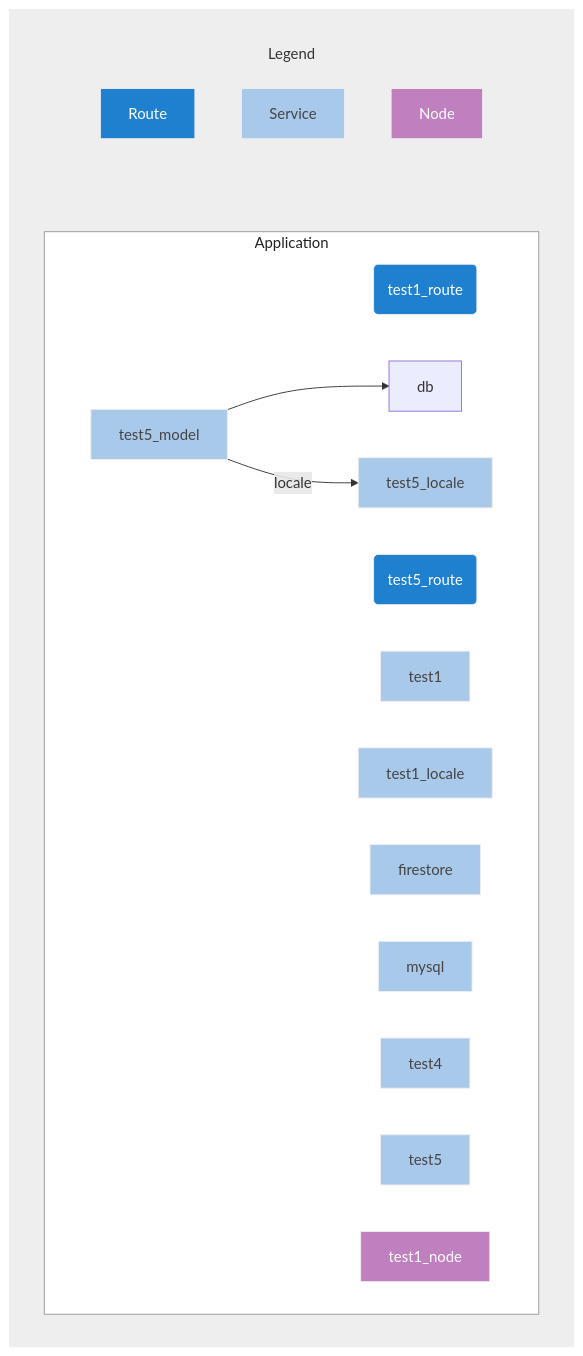
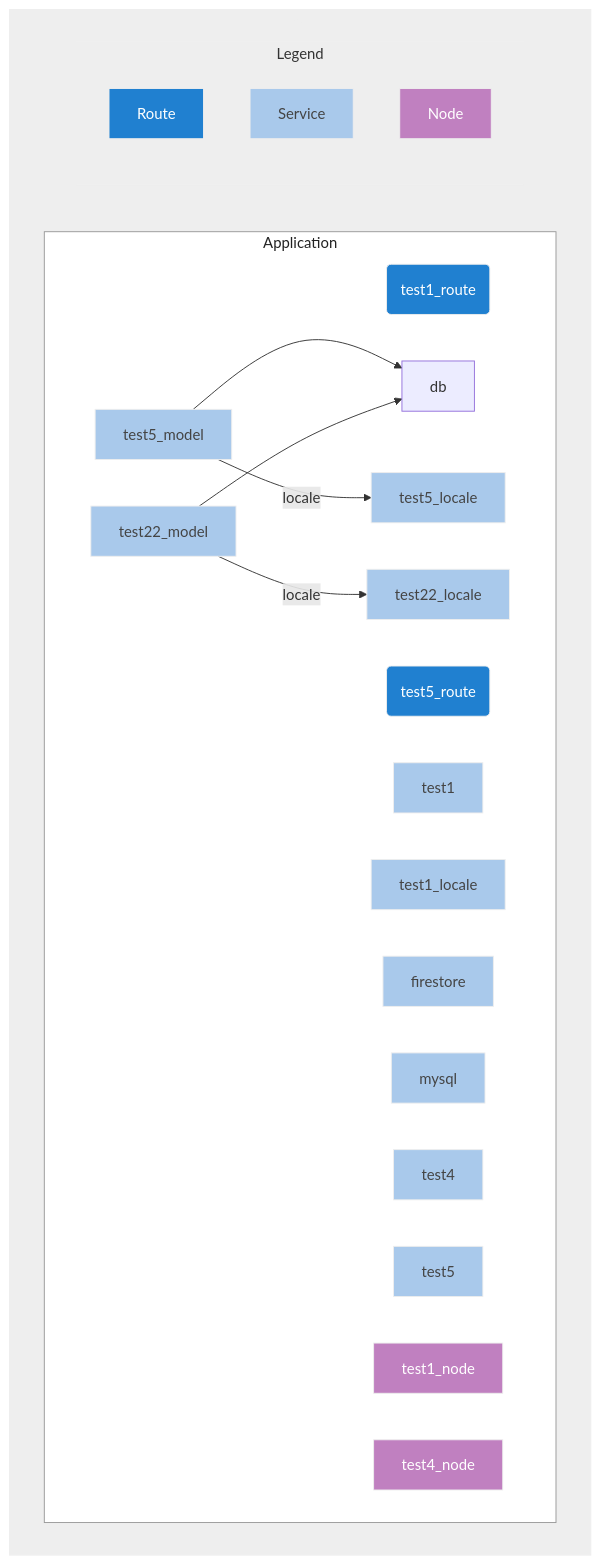
One commit to franck-yvetot/nxn-cli changed the diagram in client_data/default/config_default.README.mmd. Above: the diagram before and after it, drawn with Mermaid. The commit also changed 3 other files, not shown here.

```diff
--- a/client_data/default/config_default.README.mmd
+++ b/client_data/default/config_default.README.mmd
@@ -1,38 +1,43 @@
 graph LR;
 subgraph main
     direction LR;
 
     subgraph Application
         direction LR;
         classDef nodeCls fill:#C080C0,stroke:#eee,color:#fff
         classDef routeCls fill:#2080D0,stroke:#eee,color:#fff
         classDef nodCls fill:#C080C0,stroke:#eee,color:#fff
         classDef serviceCls fill:#A9C9EB,stroke:#eee,color:#444
     test1_route("test1_route"):::routeCls
     test5_route("test5_route"):::routeCls
     test1["test1"]:::serviceCls
     test1_locale["test1_locale"]:::serviceCls
     firestore["firestore"]:::serviceCls
     mysql["mysql"]:::serviceCls
     test4["test4"]:::serviceCls
     test5_locale["test5_locale"]:::serviceCls
     test5_model["test5_model"]:::serviceCls
     test5_model --> db;
     test5_model -- locale -->test5_locale;
     test5["test5"]:::serviceCls
+    test22_locale["test22_locale"]:::serviceCls
+    test22_model["test22_model"]:::serviceCls
+    test22_model --> db;
+    test22_model -- locale -->test22_locale;
     test1_node["test1_node"]:::nodeCls
+    test4_node["test4_node"]:::nodeCls
 end
 
     subgraph Legend
         Route:::routeCls
         Service:::serviceCls
         Node:::nodCls
     end
 
 end
 
 
 
 style Application fill:#fff,stroke:#999,color:#222
 style Legend fill:#eee,stroke:#eee,color:#333
 style main fill:#eee,stroke:#eee,color:#eee
```
